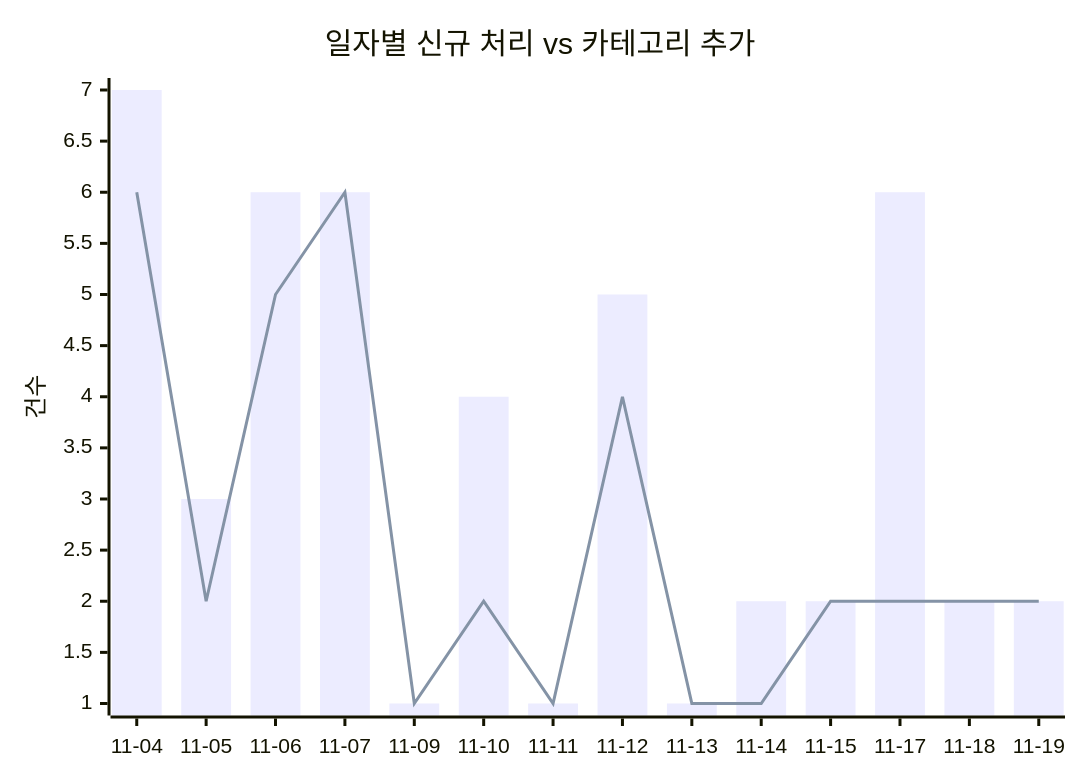
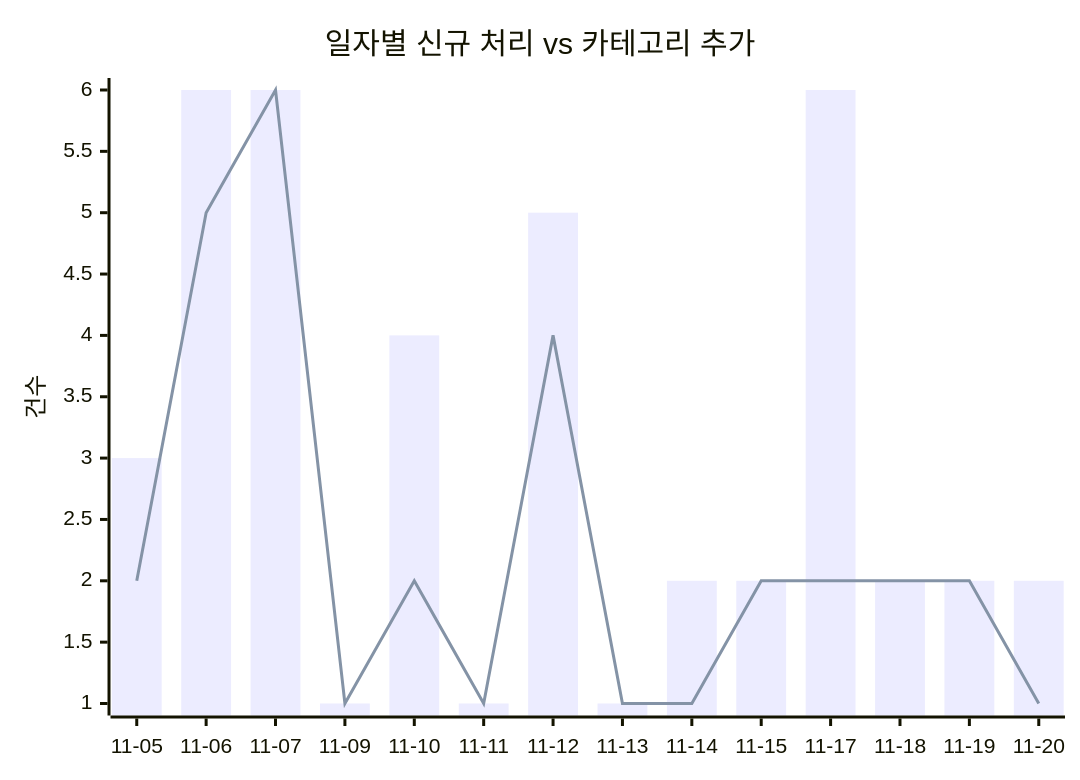
One commit to J-nowcow/awesome-korean-agent-skills changed the first of 2 diagrams in docs/trends.md. Above: the diagram before and after it, drawn with Mermaid. The commit also changed other lines of this file and 4 other files, not shown here.

````diff
--- a/docs/trends.md
+++ b/docs/trends.md
@@ -32,8 +32,8 @@
 ```mermaid
 xychart-beta
     title "일자별 신규 처리 vs 카테고리 추가"
-    x-axis ["11-04","11-05","11-06","11-07","11-09","11-10","11-11","11-12","11-13","11-14","11-15","11-17","11-18","11-19"]
+    x-axis ["11-05","11-06","11-07","11-09","11-10","11-11","11-12","11-13","11-14","11-15","11-17","11-18","11-19","11-20"]
     y-axis "건수"
-    bar [7,3,6,6,1,4,1,5,1,2,2,6,2,2]
-    line [6,2,5,6,1,2,1,4,1,1,2,2,2,2]
+    bar [3,6,6,1,4,1,5,1,2,2,6,2,2,2]
+    line [2,5,6,1,2,1,4,1,1,2,2,2,2,1]
 ```
````
